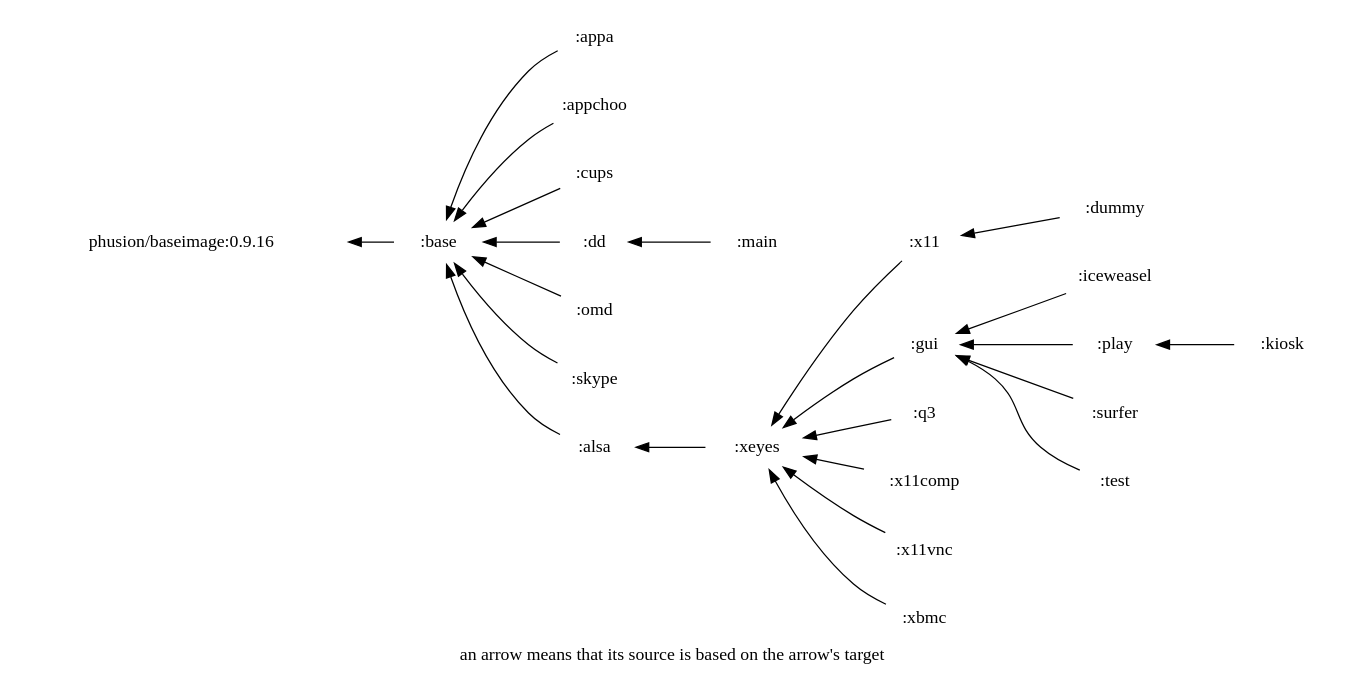
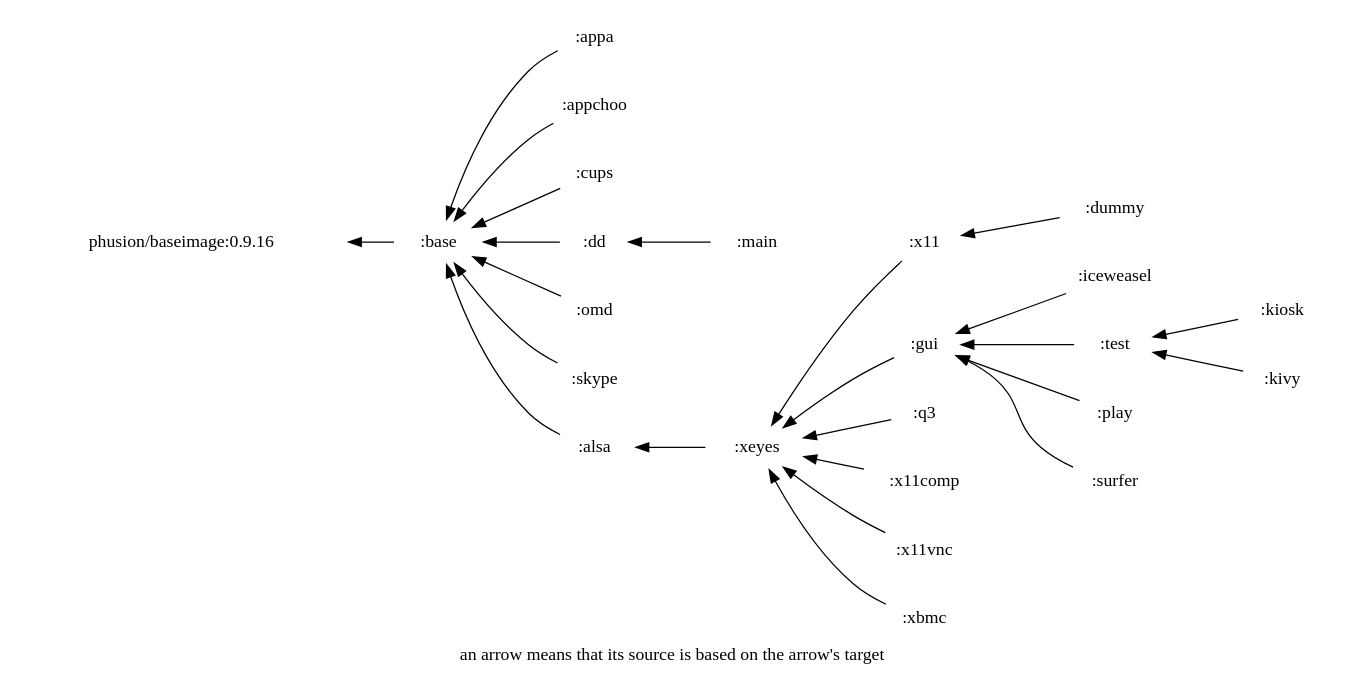
The diagram in deps.dot (hilbert/hilbert-docker-images), drawn with Graphviz before and after one commit. The commit also changed 8 other files, not shown here.

```diff
--- a/deps.dot
+++ b/deps.dot
@@ -1,24 +1,25 @@
 digraph deps{ graph [label="an arrow means that its source is based on the arrow's target", labelloc=b]; node [color=white]; rankdir = RL;
 ":alsa" -> ":base" ;
 ":appa" -> ":base" ;
 ":appchoo" -> ":base" ;
 ":base" -> "phusion/baseimage:0.9.16" ;
 ":cups" -> ":base" ;
 ":dd" -> ":base" ;
 ":dummy" -> ":x11" ;
 ":gui" -> ":xeyes" ;
 ":iceweasel" -> ":gui" ;
-":kiosk" -> ":play" ;
+":kiosk" -> ":test" ;
+":kivy" -> ":test" ;
 ":main" -> ":dd" ;
 ":omd" -> ":base" ;
 ":play" -> ":gui" ;
 ":q3" -> ":xeyes" ;
 ":skype" -> ":base" ;
 ":surfer" -> ":gui" ;
 ":test" -> ":gui" ;
 ":x11" -> ":xeyes" ;
 ":x11comp" -> ":xeyes" ;
 ":x11vnc" -> ":xeyes" ;
 ":xbmc" -> ":xeyes" ;
 ":xeyes" -> ":alsa" ;
 }
```
